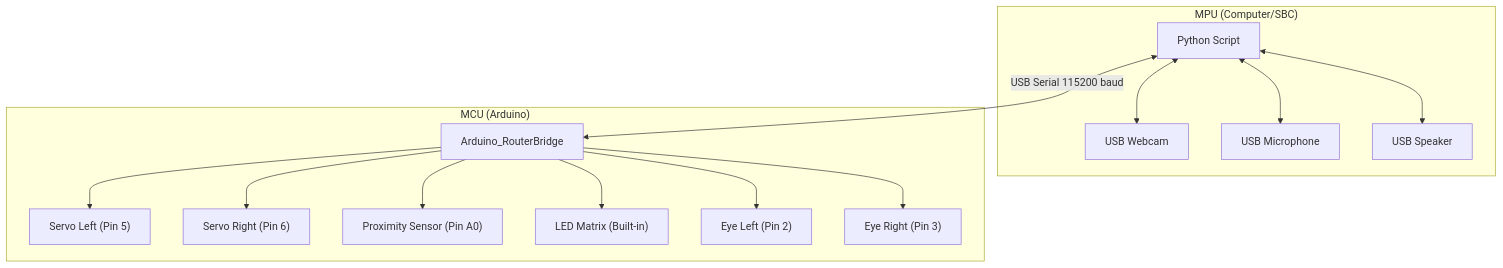
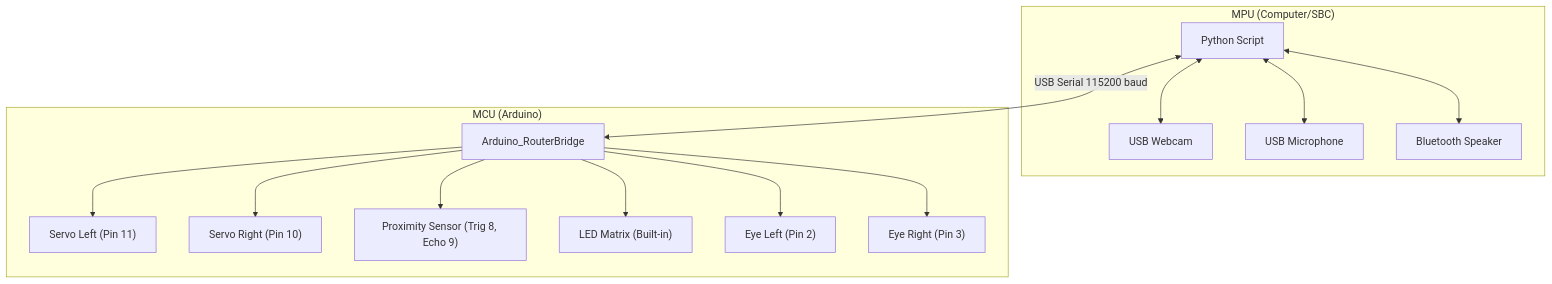
The diagram in README.md (msveshnikov/agi-robot), drawn with Mermaid before and after one commit. The commit also changed other lines of this file, not shown here.

Commit message:
docs: Update pin assignments for movement and sensor, change speaker type to Bluetooth, and add Arduino Cloud variables section.

````diff
--- a/README.md
+++ b/README.md
@@ -64,29 +65,29 @@
 ```mermaid
 graph TD
     subgraph MPU ["MPU (Computer/SBC)"]
         Python[Python Script]
         Webcam[USB Webcam]
         Mic[USB Microphone]
-        Speaker[USB Speaker]
+        Speaker[Bluetooth Speaker]
 
         Python <--> Webcam
         Python <--> Mic
         Python <--> Speaker
     end
 
     subgraph MCU ["MCU (Arduino)"]
         Bridge[Arduino_RouterBridge]
-        ServoL["Servo Left (Pin 5)"]
-        ServoR["Servo Right (Pin 6)"]
-        Sensor["Proximity Sensor (Pin A0)"]
+        ServoL["Servo Left (Pin 11)"]
+        ServoR["Servo Right (Pin 10)"]
+        Sensor["Proximity Sensor (Trig 8, Echo 9)"]
 
         Bridge --> ServoL
         Bridge --> ServoR
         Bridge --> Sensor
         Bridge --> Matrix["LED Matrix (Built-in)"]
         Bridge --> EyeL["Eye Left (Pin 2)"]
         Bridge --> EyeR["Eye Right (Pin 3)"]
     end
 
     Python <-->|USB Serial 115200 baud| Bridge
 ```
````
